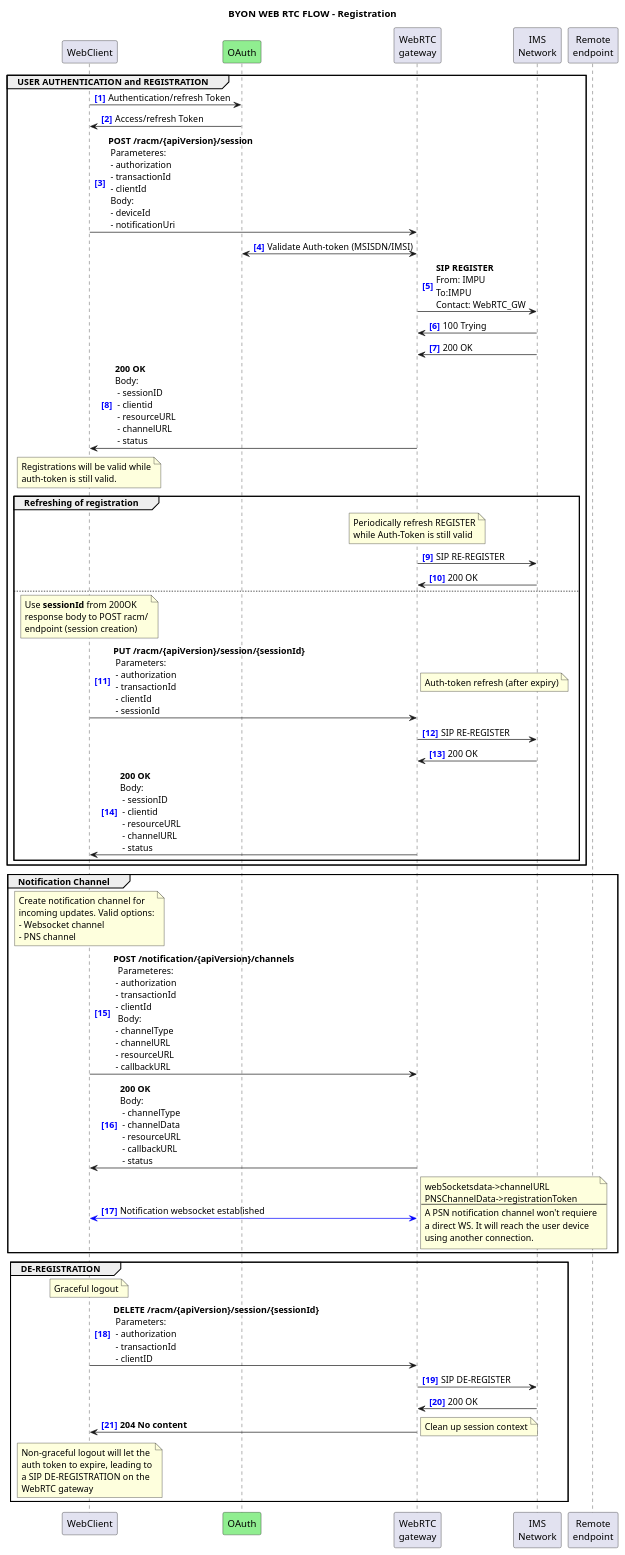
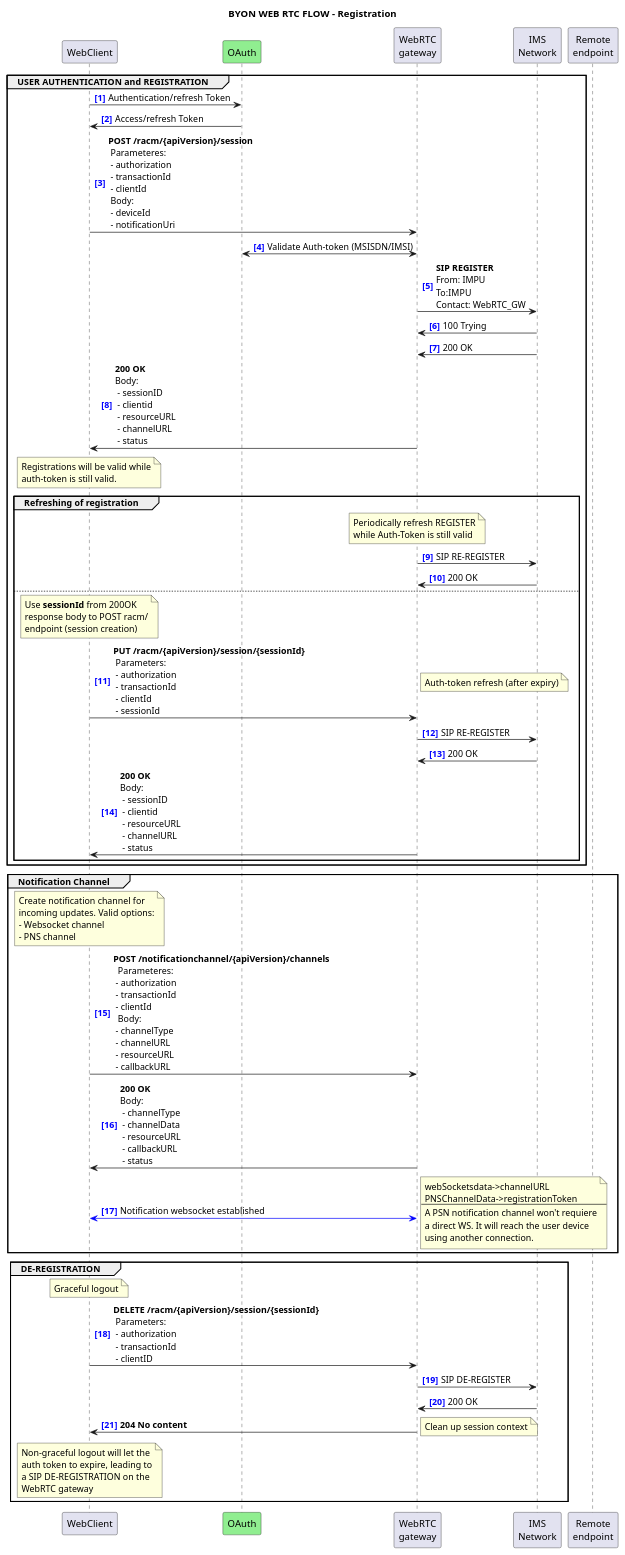
Before and after one commit to stroncoso-quobis/WebRTC: the diagram in documentation/API_documentation/FlowsBYON-registration.wsd, drawn with PlantUML. The commit also changed 1 other file, not shown here.

Commit message:
General update of CallHandling flow

```diff
--- a/documentation/API_documentation/FlowsBYON-registration.wsd
+++ b/documentation/API_documentation/FlowsBYON-registration.wsd
@@ -1,104 +1,104 @@
 @startuml BYON Registration
 
 title "BYON WEB RTC FLOW - Registration"
 autonumber "<font color=blue><b>[0]"
 
 
 participant WebClient
 participant OAuth #LightGreen
 participant "WebRTC\ngateway" as WebRTC_GW
 participant "IMS\nNetwork" as IMS_Network
 participant "Remote\nendpoint" as RemoteEndpoint
 
 ' --- USER AUTHENTICATION and REGISTRATION
 group USER AUTHENTICATION and REGISTRATION
 
 WebClient -> OAuth: Authentication/refresh Token
 OAuth -> WebClient: Access/refresh Token
 WebClient -> WebRTC_GW: **POST /racm/{apiVersion}/session**\n\
  Parameteres:\n - authorization\n - transactionId\n - clientId\n\
  Body:\n - deviceId\n - notificationUri
 WebRTC_GW <-> OAuth: Validate Auth-token (MSISDN/IMSI)
 WebRTC_GW -> IMS_Network: **SIP REGISTER**\nFrom: IMPU\nTo:IMPU\nContact: WebRTC_GW
 IMS_Network -> WebRTC_GW: 100 Trying
 IMS_Network -> WebRTC_GW: 200 OK
 WebRTC_GW -> WebClient: **200 OK**\nBody:\n - sessionID\n - clientid\n - resourceURL\n - channelURL\n - status
 note over WebClient
   Registrations will be valid while
   auth-token is still valid.
 end note
 
 ' --- Refreshing of registration
 group Refreshing of registration
   note over WebRTC_GW
    Periodically refresh REGISTER
    while Auth-Token is still valid
   end note
   WebRTC_GW -> IMS_Network: SIP RE-REGISTER
   IMS_Network -> WebRTC_GW: 200 OK
 
 else
 note over WebClient
   Use **sessionId** from 200OK
   response body to POST racm/
   endpoint (session creation)
 end note
 WebClient -> WebRTC_GW: **PUT /racm/{apiVersion}/session/{sessionId}** \n\
  Parameters: \n - authorization\n - transactionId \n - clientId \n - sessionId
 
 note right
   Auth-token refresh (after expiry)
 end note
 WebRTC_GW -> IMS_Network: SIP RE-REGISTER
 IMS_Network -> WebRTC_GW: 200 OK
 WebRTC_GW -> WebClient: **200 OK**\nBody:\n - sessionID\n - clientid\n - resourceURL\n - channelURL\n - status
 end
 end
 
 ' --- Notification Channel 
 group Notification Channel 
 note over WebClient
   Create notification channel for
   incoming updates. Valid options:
   - Websocket channel
   - PNS channel
 end note
   
-WebClient -> WebRTC_GW: **POST /notification/{apiVersion}/channels** \n\
+WebClient -> WebRTC_GW: **POST /notificationchannel/{apiVersion}/channels** \n\
   Parameteres:\n - authorization\n - transactionId\n - clientId\n\
   Body:\n - channelType\n - channelURL\n - resourceURL\n - callbackURL
 
 WebRTC_GW -> WebClient: **200 OK**\nBody:\n\
  - channelType\n - channelData\n - resourceURL\n - callbackURL\n - status
 
 WebClient <-[#blue]> WebRTC_GW: Notification websocket established
 note right
   webSocketsdata->channelURL
   PNSChannelData->registrationToken
   --
   A PSN notification channel won't requiere
   a direct WS. It will reach the user device
   using another connection.
 end note
 end
 
 ' --- DE-REGISTRATION
 group DE-REGISTRATION
 note over WebClient
   Graceful logout
 end note
 WebClient -> WebRTC_GW: **DELETE /racm/{apiVersion}/session/{sessionId}** \n\
  Parameters: \n - authorization\n - transactionId\n - clientID
 WebRTC_GW -> IMS_Network: SIP DE-REGISTER
 IMS_Network -> WebRTC_GW: 200 OK
 WebRTC_GW -> WebClient: **204 No content**
       note right: Clean up session context
 note over WebClient
   Non-graceful logout will let the
   auth token to expire, leading to
   a SIP DE-REGISTRATION on the
   WebRTC gateway
 end note
 end 
 
 @enduml
```
